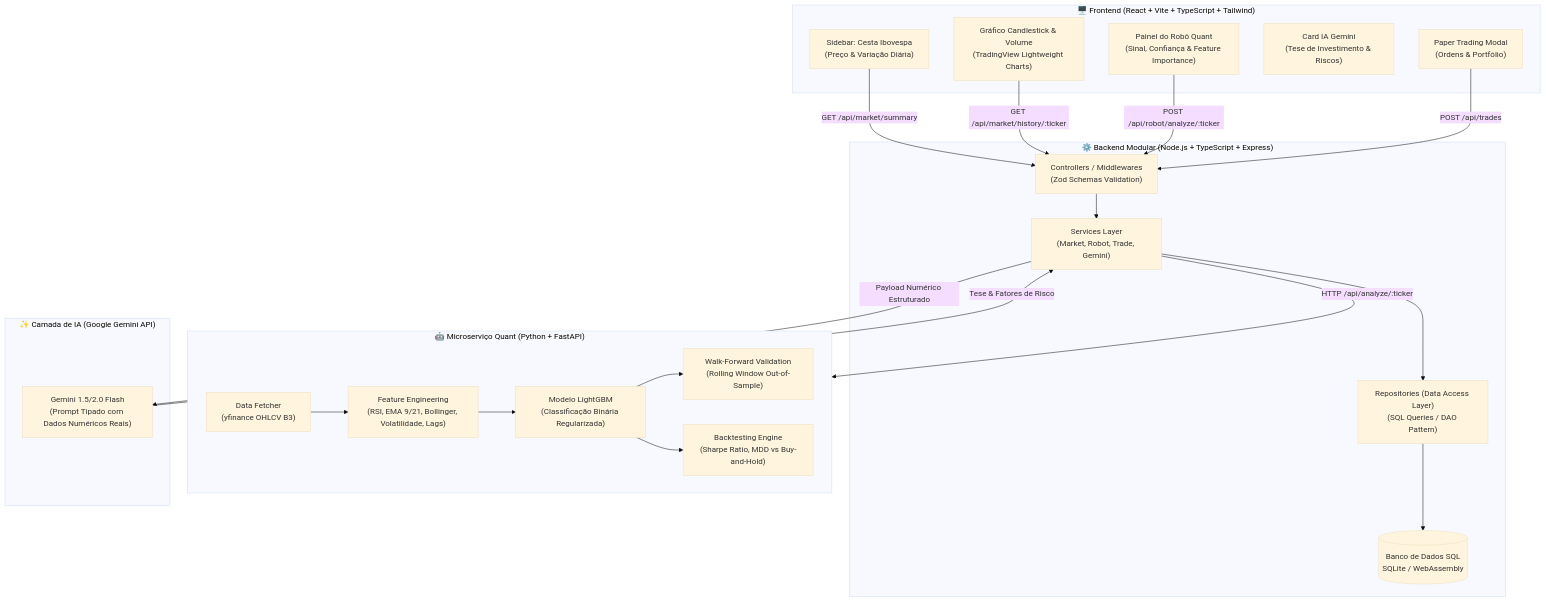
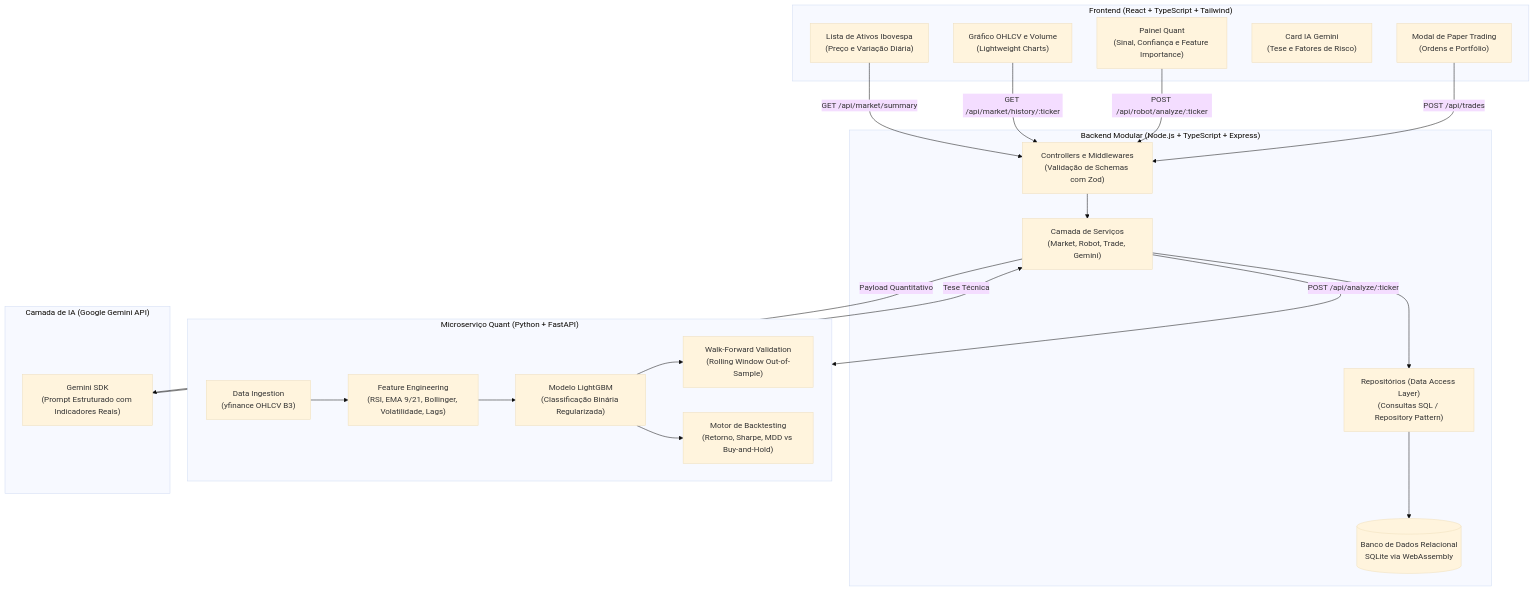
Before and after one commit to felipepiresXRL8/plataforma-robo-trader: the diagram in README.md, drawn with Mermaid (base theme). The commit also changed other lines of this file and 3 other files, not shown here.

Commit message:
docs: clean up formatting, add empirical walk-forward backtest data and refine technical explanations

````diff
--- a/README.md
+++ b/README.md
@@ -9,47 +9,46 @@
 ```mermaid
 flowchart TB
-    subgraph Frontend ["🖥️ Frontend (React + Vite + TypeScript + Tailwind)"]
-        UI_List["Sidebar: Cesta Ibovespa\n(Preço & Variação Diária)"]
-        UI_Chart["Gráfico Candlestick & Volume\n(TradingView Lightweight Charts)"]
-        UI_Robot["Painel do Robô Quant\n(Sinal, Confiança & Feature Importance)"]
-        UI_Gemini["Card IA Gemini\n(Tese de Investimento & Riscos)"]
-        UI_Trades["Paper Trading Modal\n(Ordens & Portfólio)"]
+    subgraph Frontend ["Frontend (React + TypeScript + Tailwind)"]
+        UI_List["Lista de Ativos Ibovespa\n(Preço e Variação Diária)"]
+        UI_Chart["Gráfico OHLCV e Volume\n(Lightweight Charts)"]
+        UI_Robot["Painel Quant\n(Sinal, Confiança e Feature Importance)"]
+        UI_Gemini["Card IA Gemini\n(Tese e Fatores de Risco)"]
+        UI_Trades["Modal de Paper Trading\n(Ordens e Portfólio)"]
     end
 
-    subgraph Backend ["⚙️ Backend Modular (Node.js + TypeScript + Express)"]
-        Ctrl["Controllers / Middlewares\n(Zod Schemas Validation)"]
-        Serv["Services Layer\n(Market, Robot, Trade, Gemini)"]
-        Repo["Repositories (Data Access Layer)\n(SQL Queries / DAO Pattern)"]
-        DB[(Banco de Dados SQL\nSQLite / WebAssembly)]
+    subgraph Backend ["Backend Modular (Node.js + TypeScript + Express)"]
+        Ctrl["Controllers e Middlewares\n(Validação de Schemas com Zod)"]
+        Serv["Camada de Serviços\n(Market, Robot, Trade, Gemini)"]
+        Repo["Repositórios (Data Access Layer)\n(Consultas SQL / Repository Pattern)"]
+        DB[(Banco de Dados Relacional\nSQLite via WebAssembly)]
     end
 
-    subgraph QuantBot ["🤖 Microserviço Quant (Python + FastAPI)"]
-        Fetcher["Data Fetcher\n(yfinance OHLCV B3)"]
+    subgraph QuantBot ["Microserviço Quant (Python + FastAPI)"]
+        Fetcher["Data Ingestion\n(yfinance OHLCV B3)"]
         Pipeline["Feature Engineering\n(RSI, EMA 9/21, Bollinger, Volatilidade, Lags)"]
         ML["Modelo LightGBM\n(Classificação Binária Regularizada)"]
         WFV["Walk-Forward Validation\n(Rolling Window Out-of-Sample)"]
-        Backtest["Backtesting Engine\n(Sharpe Ratio, MDD vs Buy-and-Hold)"]
+        Backtest["Motor de Backtesting\n(Retorno, Sharpe, MDD vs Buy-and-Hold)"]
     end
 
-    subgraph AI ["✨ Camada de IA (Google Gemini API)"]
-        GeminiSDK["Gemini 1.5/2.0 Flash\n(Prompt Tipado com Dados Numéricos Reais)"]
+    subgraph AI ["Camada de IA (Google Gemini API)"]
+        GeminiSDK["Gemini SDK\n(Prompt Estruturado com Indicadores Reais)"]
     end
 
-    %% Fluxos
     UI_List -->|GET /api/market/summary| Ctrl
     UI_Chart -->|GET /api/market/history/:ticker| Ctrl
     UI_Robot -->|POST /api/robot/analyze/:ticker| Ctrl
     UI_Trades -->|POST /api/trades| Ctrl
 
     Ctrl --> Serv
     Serv --> Repo
     Repo --> DB
 
-    Serv -->|HTTP /api/analyze/:ticker| QuantBot
+    Serv -->|POST /api/analyze/:ticker| QuantBot
     Fetcher --> Pipeline --> ML
     ML --> WFV
     ML --> Backtest
 
-    Serv -->|Payload Numérico Estruturado| GeminiSDK
-    GeminiSDK -->|Tese & Fatores de Risco| Serv
+    Serv -->|Payload Quantitativo| GeminiSDK
+    GeminiSDK -->|Tese Técnica| Serv
 ```
````
